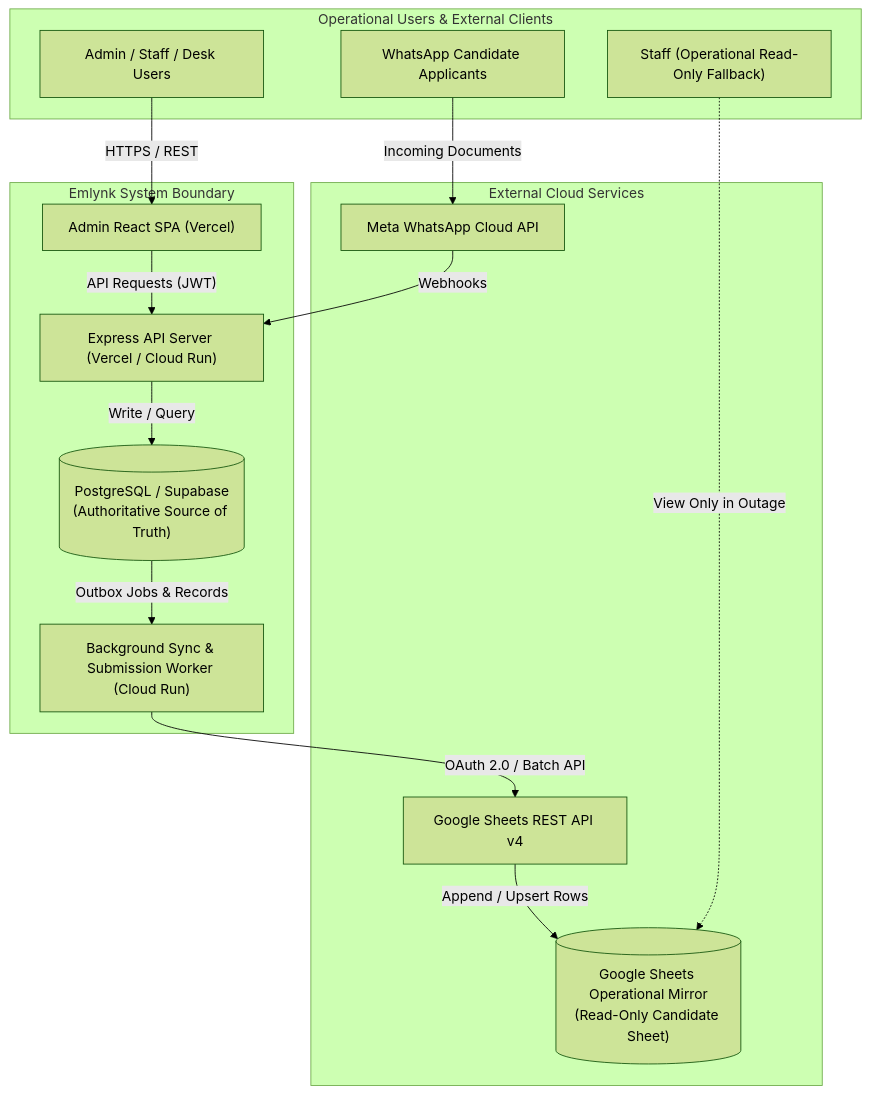
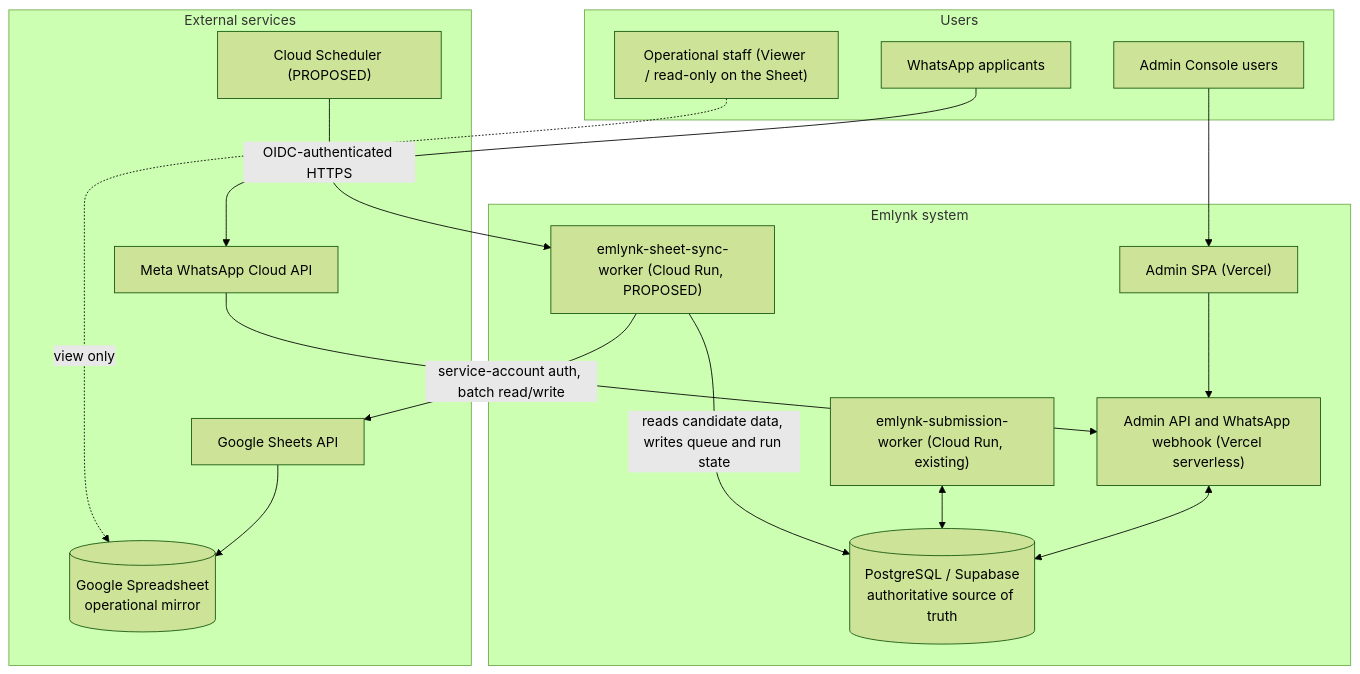
Before and after one commit to emlynk-pixel/EmlynkWABot: the first of 11 diagrams in Docs/GOOGLE_SHEET_CANDIDATE_SYNC_ARCHITECTURE.md, drawn with Mermaid (forest theme). The commit also changed other lines of this file, not shown here.

````diff
--- a/Docs/GOOGLE_SHEET_CANDIDATE_SYNC_ARCHITECTURE.md
+++ b/Docs/GOOGLE_SHEET_CANDIDATE_SYNC_ARCHITECTURE.md
@@ -108,31 +206,32 @@
 ```mermaid
 flowchart TD
-    subgraph OperationalUsers ["Operational Users & External Clients"]
-        Admin["Admin / Staff / Desk Users"]
-        WhatsAppUser["WhatsApp Candidate Applicants"]
-        StaffOffline["Staff (Operational Read-Only Fallback)"]
+    subgraph Users ["Users"]
+        Admin["Admin Console users"]
+        Staff["Operational staff (Viewer / read-only on the Sheet)"]
+        Applicants["WhatsApp applicants"]
     end
 
-    subgraph EmlynkSystem ["Emlynk System Boundary"]
-        Frontend["Admin React SPA (Vercel)"]
-        BackendAPI["Express API Server (Vercel / Cloud Run)"]
-        WorkerService["Background Sync & Submission Worker (Cloud Run)"]
-        Database[("PostgreSQL / Supabase\n(Authoritative Source of Truth)")]
+    subgraph Emlynk ["Emlynk system"]
+        SPA["Admin SPA (Vercel)"]
+        VercelAPI["Admin API and WhatsApp webhook (Vercel serverless)"]
+        SubWorker["emlynk-submission-worker (Cloud Run, existing)"]
+        SyncSvc["emlynk-sheet-sync-worker (Cloud Run, PROPOSED)"]
+        DB[("PostgreSQL / Supabase<br/>authoritative source of truth")]
     end
 
-    subgraph ExternalServices ["External Cloud Services"]
-        MetaAPI["Meta WhatsApp Cloud API"]
-        GoogleAPI["Google Sheets REST API v4"]
-        GoogleSheet[("Google Sheets Operational Mirror\n(Read-Only Candidate Sheet)")]
+    subgraph External ["External services"]
+        Meta["Meta WhatsApp Cloud API"]
+        GSheets["Google Sheets API"]
+        Sheet[("Google Spreadsheet<br/>operational mirror")]
+        Sched["Cloud Scheduler (PROPOSED)"]
     end
 
-    Admin -->|"HTTPS / REST"| Frontend
-    Frontend -->|"API Requests (JWT)"| BackendAPI
-    WhatsAppUser -->|"Incoming Documents"| MetaAPI
-    MetaAPI -->|"Webhooks"| BackendAPI
-    BackendAPI -->|"Write / Query"| Database
-    Database -->|"Outbox Jobs & Records"| WorkerService
-    WorkerService -->|"OAuth 2.0 / Batch API"| GoogleAPI
-    GoogleAPI -->|"Append / Upsert Rows"| GoogleSheet
-    StaffOffline -.->|"View Only in Outage"| GoogleSheet
+    Admin --> SPA --> VercelAPI
+    Applicants --> Meta --> VercelAPI
+    VercelAPI <--> DB
+    SubWorker <--> DB
+    SyncSvc -->|"reads candidate data, writes queue and run state"| DB
+    SyncSvc -->|"service-account auth, batch read/write"| GSheets --> Sheet
+    Sched -->|"OIDC-authenticated HTTPS"| SyncSvc
+    Staff -.->|"view only"| Sheet
 ```
````
